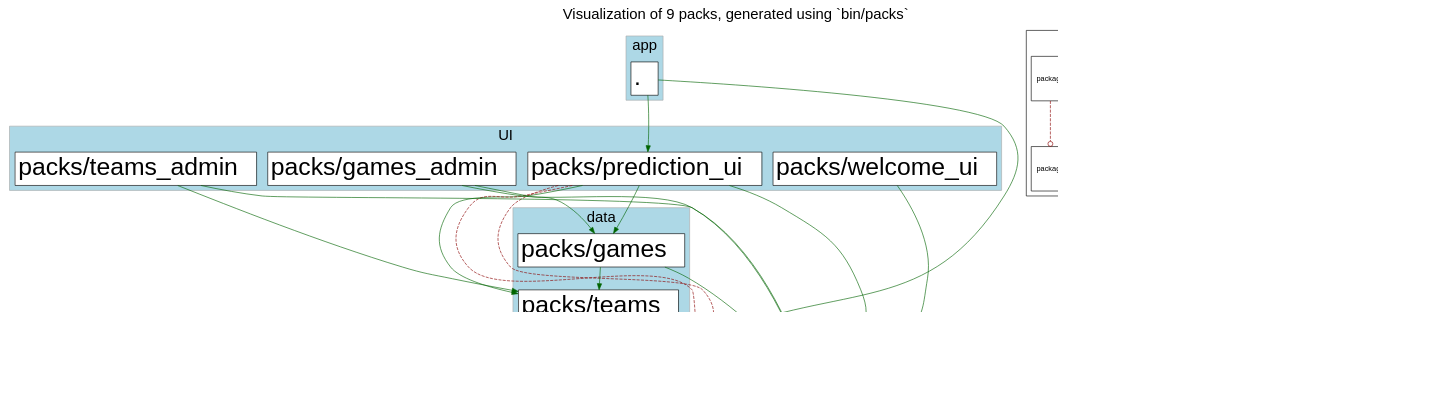
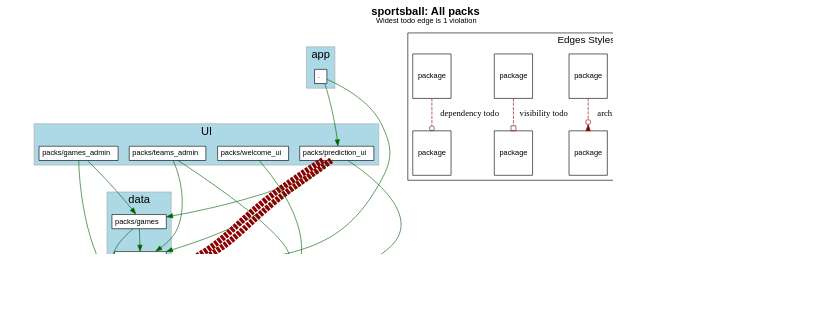
One commit to shageman/package-based-rails-applications-book changed the diagram in c5s07-2/sportsball/packwerk.dot. Above: the diagram before and after it, drawn with Graphviz. The commit also changed 3077 other files, not shown here.

Commit message:
Better graphs from updated visualize_packwerk

```diff
--- a/c5s07-2/sportsball/packwerk.dot
+++ b/c5s07-2/sportsball/packwerk.dot
@@ -1,13 +1,12 @@
 digraph package_diagram {
   rankdir=TD
-
   graph [
     labelloc="t"
     fontname="Helvetica,Arial,sans-serif"
     dpi=100
     layout=dot
-    label="Visualization of 9 packs, generated using `bin/packs`",
-    fontsize=24
+    label=<<b>sportsball: All packs</b><br/><font point-size='12'>Widest todo edge is 1 violation</font>>
+    fontsize=18
   ]
   node [
     fontname="Helvetica,Arial,sans-serif"
@@ -19,168 +18,124 @@
     style=filled
     shape=plain
   ]
-
     subgraph app {
       shape=box
       color=darkgrey
       fillcolor=lightblue
       style=filled
-
         label="app"
         cluster=true
-        rank = 0
-
-        "." [
-            fontsize=40.0
-            label=               <
+        rank = 0        "." [
+            fontsize=12.0
+            label= <
                 <table border='0' cellborder='1' cellspacing='0' cellpadding='4'>
                   <tr> <td align='left'> . </td> </tr>
                 </table>
               >
           ]
-
+        
     }
     subgraph UI {
       shape=box
       color=darkgrey
       fillcolor=lightblue
       style=filled
-
         label="UI"
         cluster=true
-        rank = 1
-
-        "packs/prediction_ui" [
-            fontsize=40.0
-            label=               <
+        rank = 1        "packs/prediction_ui" [
+            fontsize=12.0
+            label= <
                 <table border='0' cellborder='1' cellspacing='0' cellpadding='4'>
                   <tr> <td align='left'> packs/prediction_ui </td> </tr>
                 </table>
               >
           ]
-
-                "." -> "packs/prediction_ui" [
-                  style=invis
-                ]
+        
         "packs/games_admin" [
-            fontsize=40.0
-            label=               <
+            fontsize=12.0
+            label= <
                 <table border='0' cellborder='1' cellspacing='0' cellpadding='4'>
                   <tr> <td align='left'> packs/games_admin </td> </tr>
                 </table>
               >
           ]
-
-                "." -> "packs/games_admin" [
-                  style=invis
-                ]
+        
         "packs/teams_admin" [
-            fontsize=40.0
-            label=               <
+            fontsize=12.0
+            label= <
                 <table border='0' cellborder='1' cellspacing='0' cellpadding='4'>
                   <tr> <td align='left'> packs/teams_admin </td> </tr>
                 </table>
               >
           ]
-
-                "." -> "packs/teams_admin" [
-                  style=invis
-                ]
+        
         "packs/welcome_ui" [
-            fontsize=40.0
-            label=               <
+            fontsize=12.0
+            label= <
                 <table border='0' cellborder='1' cellspacing='0' cellpadding='4'>
                   <tr> <td align='left'> packs/welcome_ui </td> </tr>
                 </table>
               >
           ]
-
-                "." -> "packs/welcome_ui" [
-                  style=invis
-                ]
+        
     }
+              "." -> "packs/prediction_ui" [ style=invis ]
+              "." -> "packs/games_admin" [ style=invis ]
+              "." -> "packs/teams_admin" [ style=invis ]
+              "." -> "packs/welcome_ui" [ style=invis ]
     subgraph data {
       shape=box
       color=darkgrey
       fillcolor=lightblue
       style=filled
-
         label="data"
         cluster=true
-        rank = 2
-
-        "packs/games" [
-            fontsize=40.0
-            label=               <
+        rank = 2        "packs/games" [
+            fontsize=12.0
+            label= <
                 <table border='0' cellborder='1' cellspacing='0' cellpadding='4'>
                   <tr> <td align='left'> packs/games </td> </tr>
                 </table>
               >
           ]
-
-                "packs/prediction_ui" -> "packs/games" [
-                  style=invis
-                ]
-                "packs/games_admin" -> "packs/games" [
-                  style=invis
-                ]
-                "packs/teams_admin" -> "packs/games" [
-                  style=invis
-                ]
-                "packs/welcome_ui" -> "packs/games" [
-                  style=invis
-                ]
+        
         "packs/teams" [
-            fontsize=40.0
-            label=               <
+            fontsize=12.0
+            label= <
                 <table border='0' cellborder='1' cellspacing='0' cellpadding='4'>
                   <tr> <td align='left'> packs/teams </td> </tr>
                 </table>
               >
           ]
-
-                "packs/prediction_ui" -> "packs/teams" [
-                  style=invis
-                ]
-                "packs/games_admin" -> "packs/teams" [
-                  style=invis
-                ]
-                "packs/teams_admin" -> "packs/teams" [
-                  style=invis
-                ]
-                "packs/welcome_ui" -> "packs/teams" [
-                  style=invis
-                ]
+        
     }
+              "packs/prediction_ui" -> "packs/games" [ style=invis ]
+              "packs/games_admin" -> "packs/games" [ style=invis ]
+              "packs/teams_admin" -> "packs/games" [ style=invis ]
+              "packs/welcome_ui" -> "packs/games" [ style=invis ]
+              "packs/prediction_ui" -> "packs/teams" [ style=invis ]
+              "packs/games_admin" -> "packs/teams" [ style=invis ]
+              "packs/teams_admin" -> "packs/teams" [ style=invis ]
+              "packs/welcome_ui" -> "packs/teams" [ style=invis ]
     subgraph utility {
       shape=box
       color=darkgrey
       fillcolor=lightblue
       style=filled
-
         label="utility"
         cluster=true
-        rank = 3
-
-        "packs/rails_shims" [
-            fontsize=40.0
-            label=               <
+        rank = 3        "packs/rails_shims" [
+            fontsize=12.0
+            label= <
                 <table border='0' cellborder='1' cellspacing='0' cellpadding='4'>
                   <tr> <td align='left'> packs/rails_shims </td> </tr>
                 </table>
               >
           ]
-
-                "packs/games" -> "packs/rails_shims" [
-                  style=invis
-                ]
-                "packs/teams" -> "packs/rails_shims" [
-                  style=invis
-                ]
+        
         "packs/predictor" [
-            fontsize=40.0
-            label= 
-              <
+            fontsize=12.0
+            label= <
                 <table border='0' cellborder='1' cellspacing='0' cellpadding='16'><tr><td>
                   <table border='0' cellborder='1' cellspacing='0' cellpadding='4'>
                     <tr> <td port='private'> packs/predictor </td> </tr>
@@ -188,87 +143,45 @@
                 </td></tr></table>
               >
           ]
-
-                "packs/games" -> "packs/predictor" [
-                  style=invis
-                ]
-                "packs/teams" -> "packs/predictor" [
-                  style=invis
-                ]
+        
     }
+              "packs/games" -> "packs/rails_shims" [ style=invis ]
+              "packs/teams" -> "packs/rails_shims" [ style=invis ]
+              "packs/games" -> "packs/predictor" [ style=invis ]
+              "packs/teams" -> "packs/predictor" [ style=invis ]
     subgraph NotInLayer {
       shape=box
       color=darkgrey
       fillcolor=lightblue
       style=filled
-
-
+        cluster=false
     }
-
-          "packs/prediction_ui" -> "packs/games" [
-            color=darkgreen
-          ]
-          "packs/prediction_ui" -> "packs/rails_shims" [
-            color=darkgreen
-          ]
-          "packs/prediction_ui" -> "packs/teams" [
-            color=darkgreen
-          ]
-          "packs/games_admin" -> "packs/games" [
-            color=darkgreen
-          ]
-          "packs/games_admin" -> "packs/rails_shims" [
-            color=darkgreen
-          ]
-          "packs/teams_admin" -> "packs/rails_shims" [
-            color=darkgreen
-          ]
-          "packs/teams_admin" -> "packs/teams" [
-            color=darkgreen
-          ]
-          "packs/welcome_ui" -> "packs/rails_shims" [
-            color=darkgreen
-          ]
-          "packs/games" -> "packs/rails_shims" [
-            color=darkgreen
-          ]
-          "packs/games" -> "packs/teams" [
-            color=darkgreen
-          ]
-          "packs/teams" -> "packs/rails_shims" [
-            color=darkgreen
-          ]
-          "." -> "packs/prediction_ui" [
-            color=darkgreen
-          ]
-          "." -> "packs/predictor" [
-            color=darkgreen
-          ]
-
-            "packs/prediction_ui" -> "packs/predictor" [
-              color=darkred
-              style=dashed
+          "packs/prediction_ui" -> "packs/games" [ color=darkgreen ]
+          "packs/prediction_ui" -> "packs/rails_shims" [ color=darkgreen ]
+          "packs/prediction_ui" -> "packs/teams" [ color=darkgreen ]
+          "packs/games_admin" -> "packs/games" [ color=darkgreen ]
+          "packs/games_admin" -> "packs/rails_shims" [ color=darkgreen ]
+          "packs/teams_admin" -> "packs/rails_shims" [ color=darkgreen ]
+          "packs/teams_admin" -> "packs/teams" [ color=darkgreen ]
+          "packs/welcome_ui" -> "packs/rails_shims" [ color=darkgreen ]
+          "packs/games" -> "packs/rails_shims" [ color=darkgreen ]
+          "packs/games" -> "packs/teams" [ color=darkgreen ]
+          "packs/teams" -> "packs/rails_shims" [ color=darkgreen ]
+          "." -> "packs/prediction_ui" [ color=darkgreen ]
+          "." -> "packs/predictor" [ color=darkgreen ]
+            "packs/prediction_ui" -> "packs/predictor" [ color=darkred style=dashed
               constraint=false
               # headlabel="dependency"
                 arrowhead=odot
-                headport=e
-              
-              penwidth=1
-            ]
-            "packs/prediction_ui" -> "packs/predictor" [
-              color=darkred
-              style=dashed
+              penwidth=10            ]
+            "packs/prediction_ui" -> "packs/predictor" [ color=darkred style=dashed
               constraint=false
               # headlabel="visibility"
                 arrowhead=obox
-                headport=w
-              
-              penwidth=1
-            ]
-
+              penwidth=10            ]
   subgraph cluster_legend {
-    label="Legend"
-
+    fontsize=16
+    label="Edges Styles and Arrow Heads"
     A [ fontsize=12 shape=box label="package"]
     B [ fontsize=12 shape=box label="package"]
     C [ fontsize=12 shape=box label="package"]
@@ -279,11 +192,17 @@
     H [ fontsize=12 shape=box label="package"]
     I [ fontsize=12 shape=box label="package"]
     J [ fontsize=12 shape=box label="package"]
-
     A -> B [label="accepted dependency" color=darkgreen]
     C -> D [label="privac todo" color=darkred style=dashed arrowhead=crow]
     E -> F [label="architecture todo" color=darkred style=dashed arrowhead=invodot]
     G -> H [label="visibility todo" color=darkred style=dashed arrowhead=obox]
     I -> J [label="dependency todo" color=darkred style=dashed arrowhead=odot]
   }
+  subgraph cluster_teams_legend {
+    fontsize=16
+    label="Team Colors"
+
+
+  }
+  J -> "" [style=invis]
 }
```
